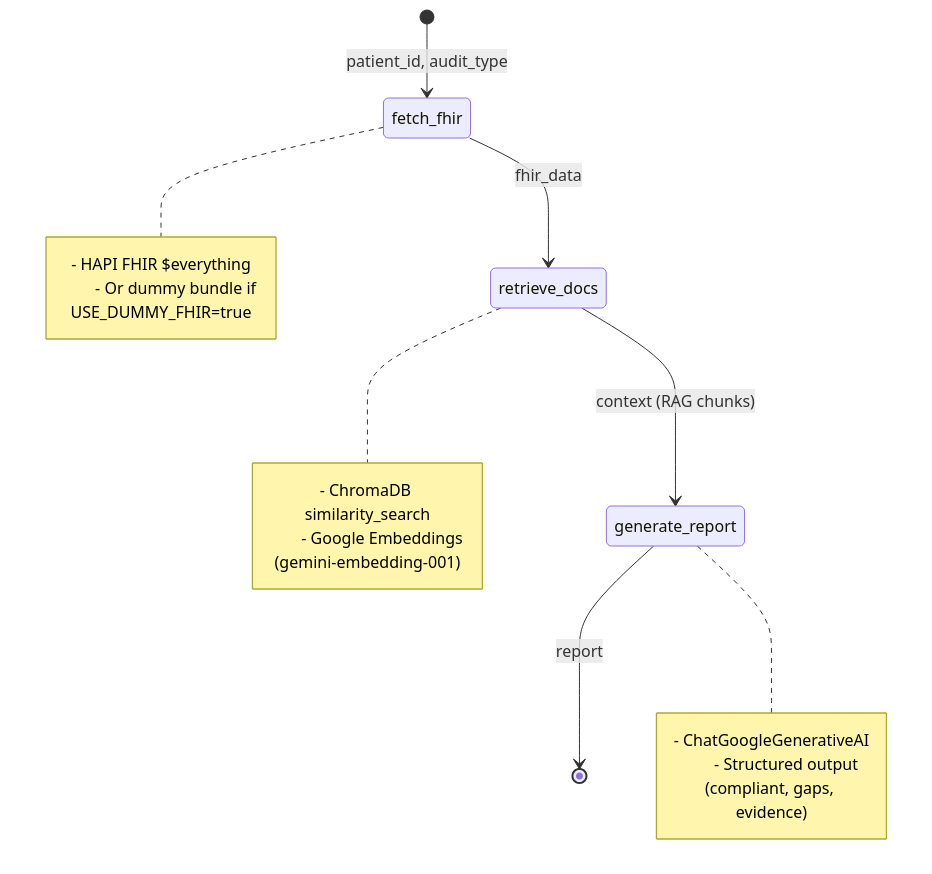
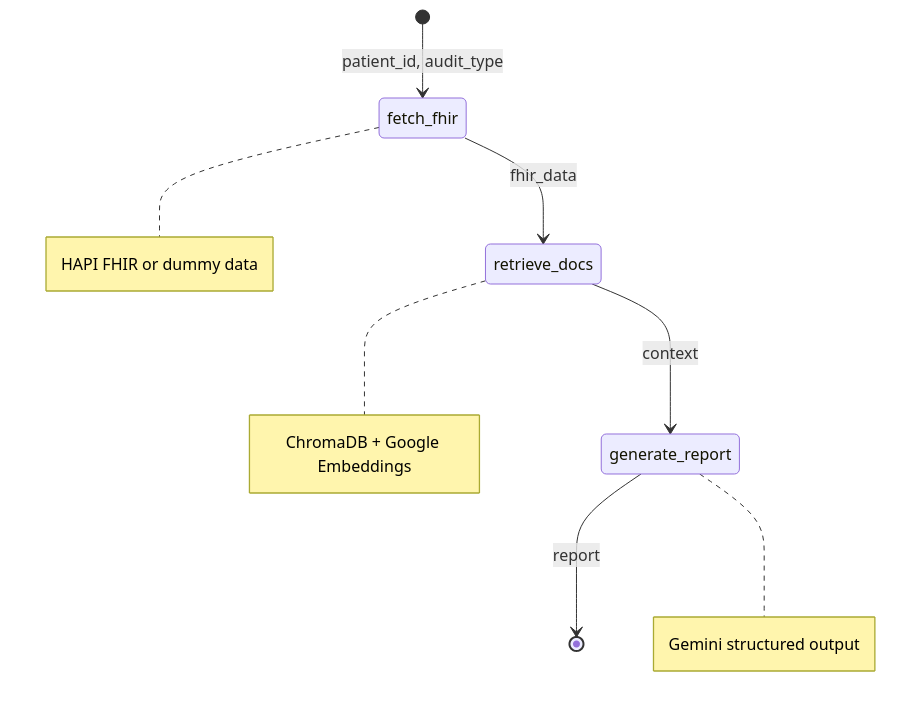
Before and after one commit to ngusadeep/MedAmor: the second of 2 diagrams in aiorchestrator/ARCHITECTURE.md, drawn with Mermaid. The commit also changed other lines of this file and 7 other files, not shown here.

````diff
--- a/aiorchestrator/ARCHITECTURE.md
+++ b/aiorchestrator/ARCHITECTURE.md
@@ -105,22 +104,11 @@
 ```mermaid
 stateDiagram-v2
     [*] --> fetch_fhir: patient_id, audit_type
     fetch_fhir --> retrieve_docs: fhir_data
-    retrieve_docs --> generate_report: context (RAG chunks)
+    retrieve_docs --> generate_report: context
     generate_report --> [*]: report
 
-    note right of fetch_fhir
-        - HAPI FHIR $everything
-        - Or dummy bundle if USE_DUMMY_FHIR=true
-    end note
-
-    note right of retrieve_docs
-        - ChromaDB similarity_search
-        - Google Embeddings (gemini-embedding-001)
-    end note
-
-    note right of generate_report
-        - ChatGoogleGenerativeAI
-        - Structured output (compliant, gaps, evidence)
-    end note
+    note right of fetch_fhir: HAPI FHIR or dummy data
+    note right of retrieve_docs: ChromaDB + Google Embeddings
+    note right of generate_report: Gemini structured output
 ```
````
